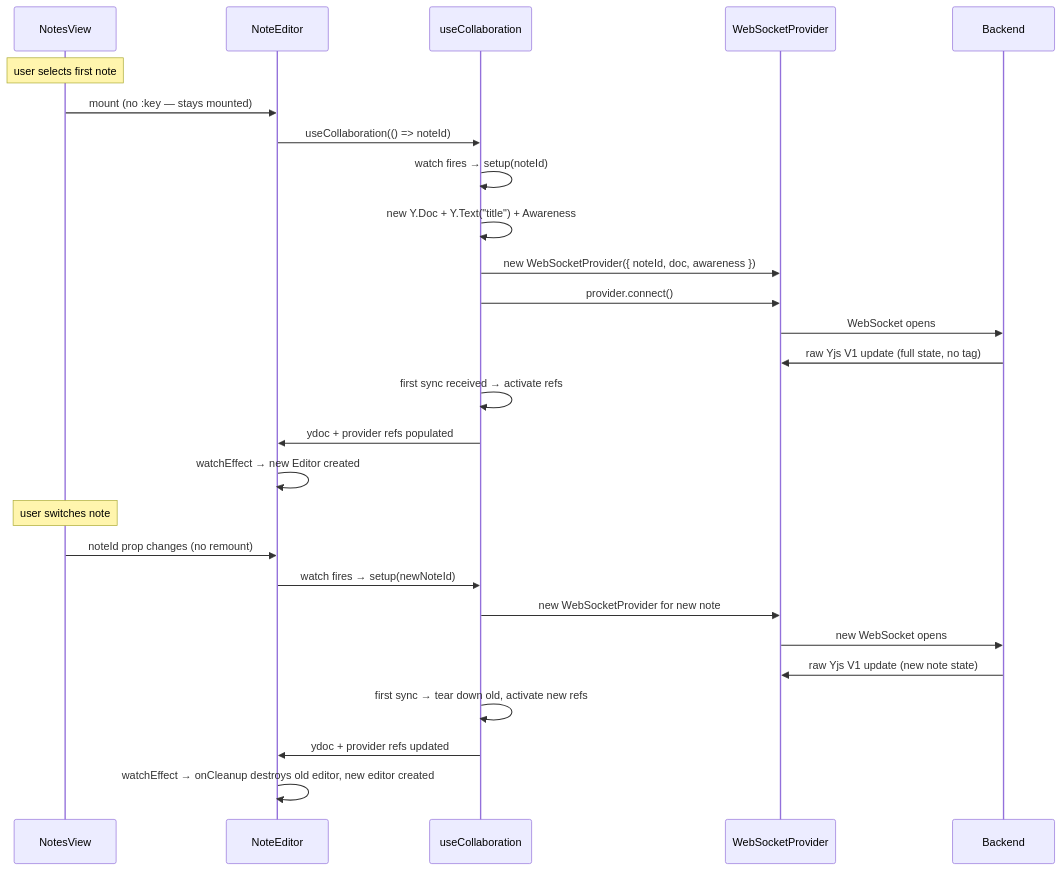
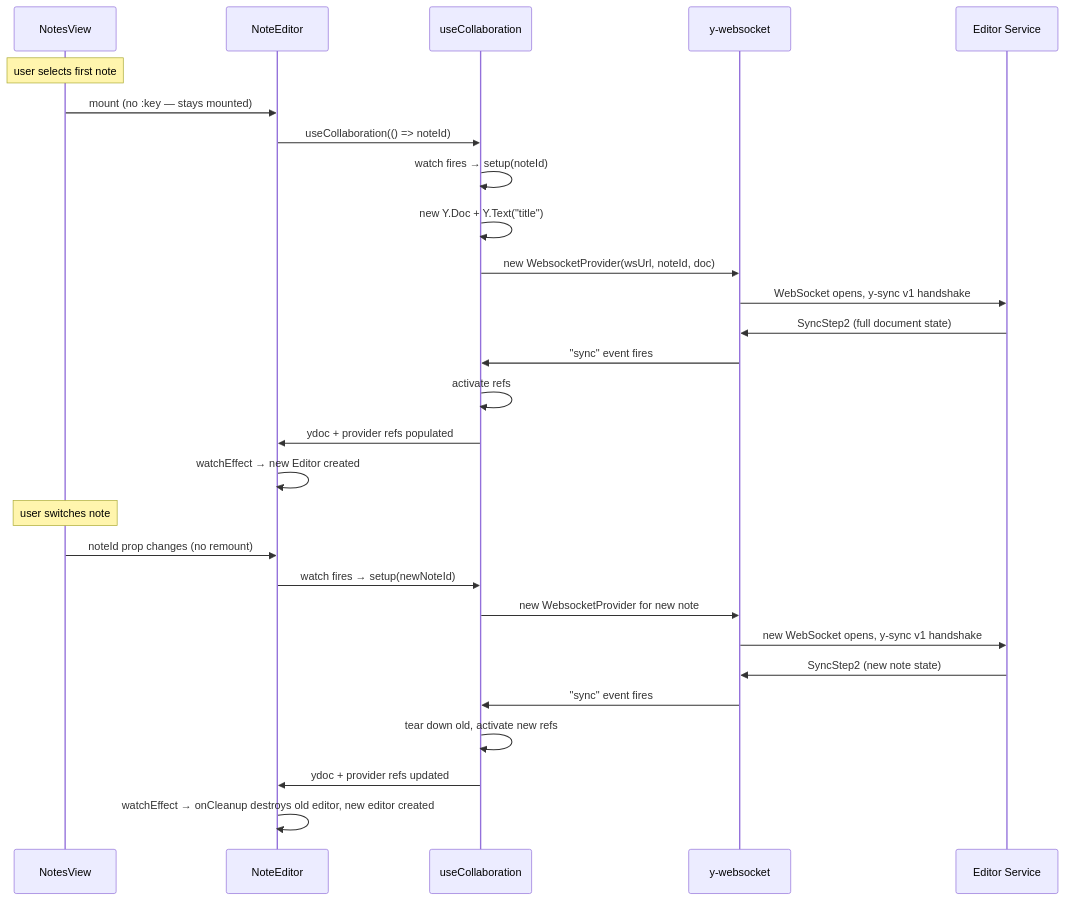
The eighth of 13 diagrams in srcs/requirements/frontend/docs/dev/tiptap-yjs-summary.md (MySeaLeeOom/basic_structure), drawn with Mermaid before and after one commit. The commit also changed other lines of this file and 6 other files, not shown here.

First line of the commit message:
Update dev docs for y-websocket architecture and condense obsolete content

````diff
--- a/srcs/requirements/frontend/docs/dev/tiptap-yjs-summary.md
+++ b/srcs/requirements/frontend/docs/dev/tiptap-yjs-summary.md
@@ -433,33 +432,34 @@
 ```mermaid
 sequenceDiagram
     participant Vue as NotesView
     participant NE as NoteEditor
     participant Collab as useCollaboration
-    participant WSP as WebSocketProvider
-    participant Server as Backend
+    participant YWS as y-websocket
+    participant Server as Editor Service
 
     Note over Vue: user selects first note
 
     Vue->>NE: mount (no :key — stays mounted)
     NE->>Collab: useCollaboration(() => noteId)
     Collab->>Collab: watch fires → setup(noteId)
-    Collab->>Collab: new Y.Doc + Y.Text("title") + Awareness
-    Collab->>WSP: new WebSocketProvider({ noteId, doc, awareness })
-    Collab->>WSP: provider.connect()
-    WSP->>Server: WebSocket opens
-    Server->>WSP: raw Yjs V1 update (full state, no tag)
-    Collab->>Collab: first sync received → activate refs
+    Collab->>Collab: new Y.Doc + Y.Text("title")
+    Collab->>YWS: new WebsocketProvider(wsUrl, noteId, doc)
+    YWS->>Server: WebSocket opens, y-sync v1 handshake
+    Server->>YWS: SyncStep2 (full document state)
+    YWS->>Collab: "sync" event fires
+    Collab->>Collab: activate refs
     Collab->>NE: ydoc + provider refs populated
     NE->>NE: watchEffect → new Editor created
 
     Note over Vue: user switches note
 
     Vue->>NE: noteId prop changes (no remount)
     NE->>Collab: watch fires → setup(newNoteId)
-    Collab->>WSP: new WebSocketProvider for new note
-    WSP->>Server: new WebSocket opens
-    Server->>WSP: raw Yjs V1 update (new note state)
-    Collab->>Collab: first sync → tear down old, activate new refs
+    Collab->>YWS: new WebsocketProvider for new note
+    YWS->>Server: new WebSocket opens, y-sync v1 handshake
+    Server->>YWS: SyncStep2 (new note state)
+    YWS->>Collab: "sync" event fires
+    Collab->>Collab: tear down old, activate new refs
     Collab->>NE: ydoc + provider refs updated
     NE->>NE: watchEffect → onCleanup destroys old editor, new editor created
 ```
````
